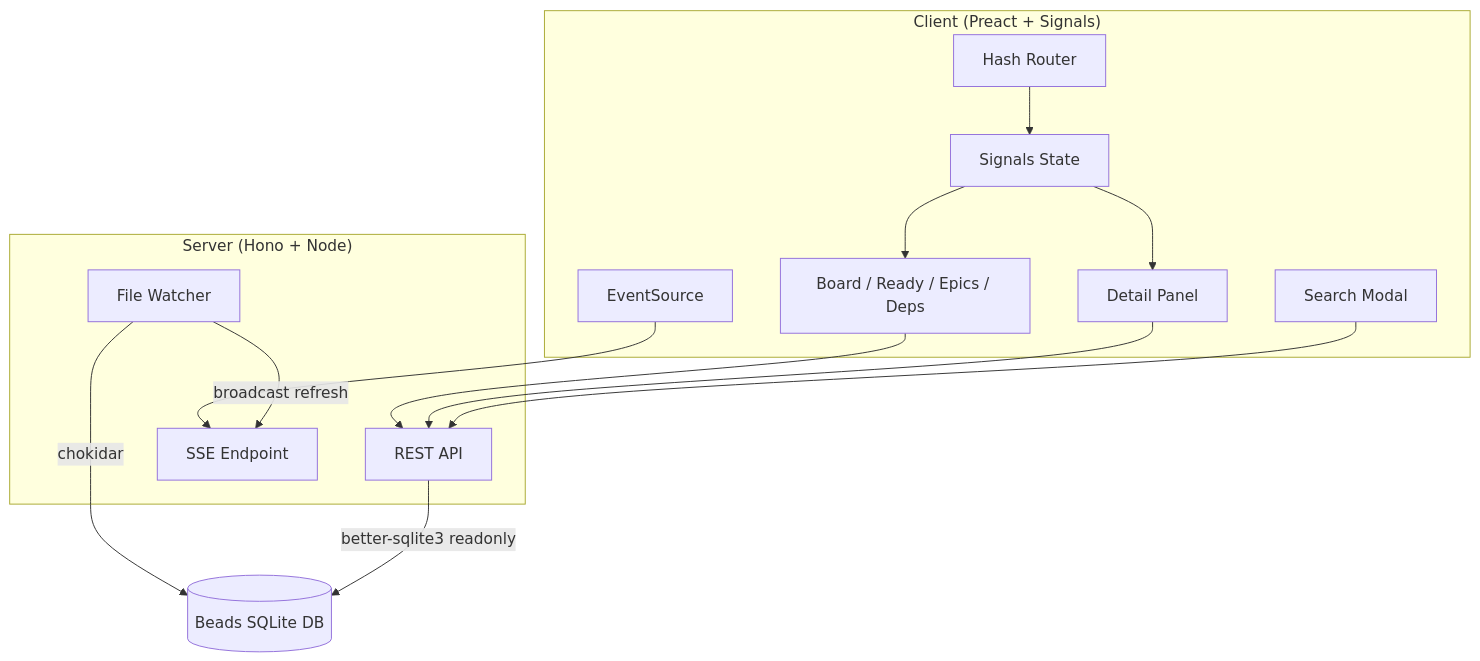
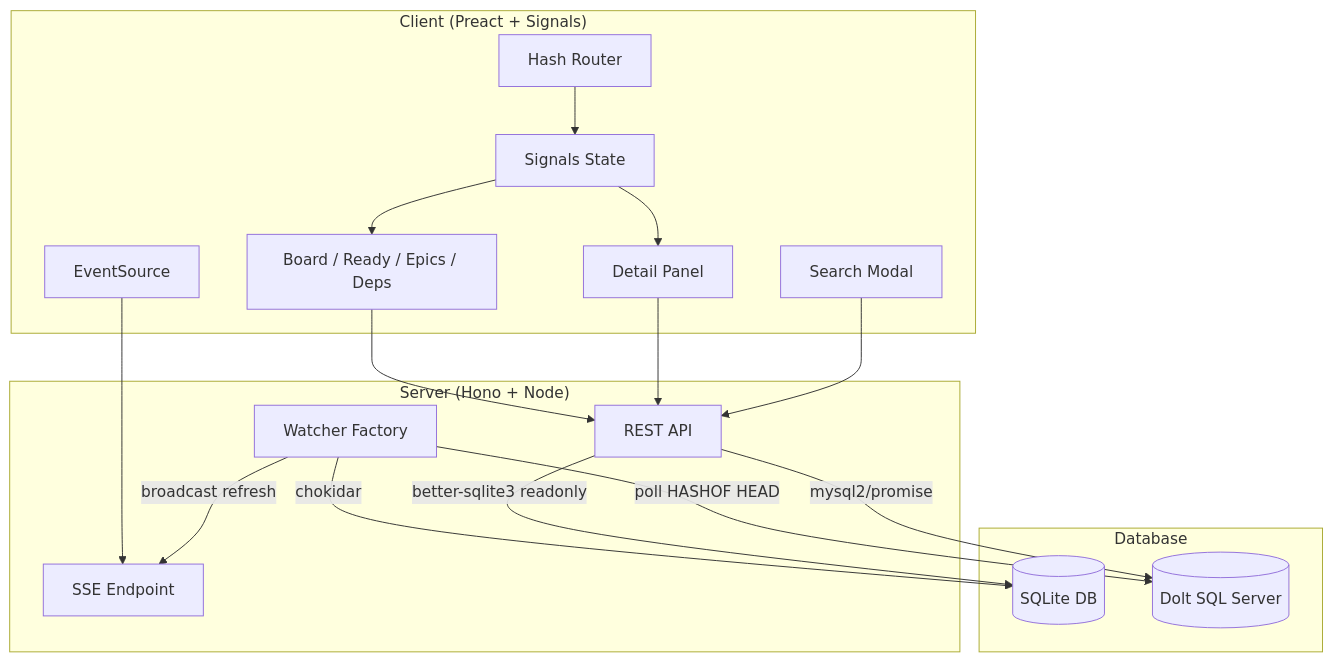
Before and after one commit to Applicative-Works/bd-eye: the diagram in README.md, drawn with Mermaid. The commit also changed other lines of this file and 10 other files, not shown here.

First line of the commit message:
Support Dolt databases alongside SQLite

````diff
--- a/README.md
+++ b/README.md
@@ -57,30 +80,35 @@
 ```mermaid
 graph TD
     subgraph Client ["Client (Preact + Signals)"]
         Router[Hash Router]
         State[Signals State]
         Views[Board / Ready / Epics / Deps]
         Detail[Detail Panel]
         Search[Search Modal]
         SSE[EventSource]
     end
 
     subgraph Server ["Server (Hono + Node)"]
         API[REST API]
         Stream[SSE Endpoint]
-        Watcher[File Watcher]
+        Watcher[Watcher Factory]
     end
 
-    DB[(Beads SQLite DB)]
+    subgraph Database
+        SQLite[(SQLite DB)]
+        Dolt[(Dolt SQL Server)]
+    end
 
     Router --> State
     State --> Views
     State --> Detail
     Views --> API
     Detail --> API
     Search --> API
     SSE --> Stream
-    Watcher -->|chokidar| DB
+    Watcher -->|chokidar| SQLite
+    Watcher -->|poll HASHOF HEAD| Dolt
     Watcher -->|broadcast refresh| Stream
-    API -->|better-sqlite3 readonly| DB
+    API -->|better-sqlite3 readonly| SQLite
+    API -->|mysql2/promise| Dolt
 ```
````
